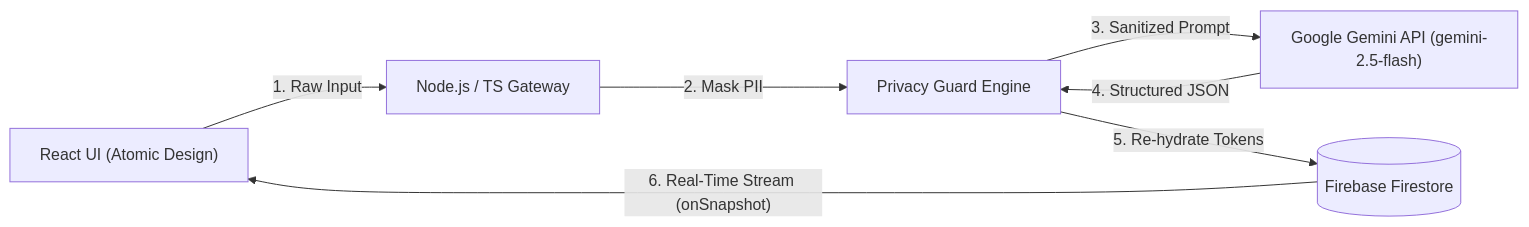
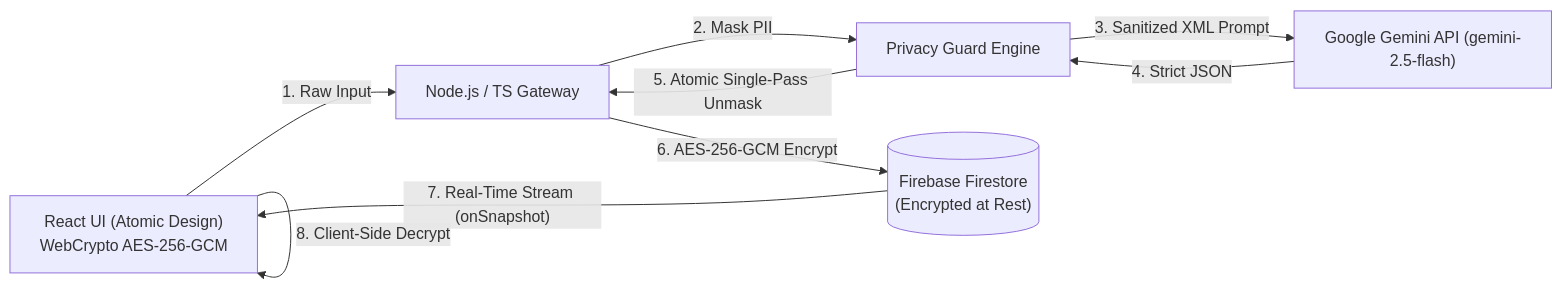
The diagram in README.md (lukasmatusiewicz/OSCAR), drawn with Mermaid before and after one commit. The commit also changed other lines of this file and 5 other files, not shown here.

Commit message:
docs: remediate security critic findings with AES-256-GCM encryption and atomic regex re-hydration

````diff
--- a/README.md
+++ b/README.md
@@ -27,9 +28,11 @@
 ```mermaid
 flowchart LR
-    Client["React UI (Atomic Design)"] -->|"1. Raw Input"| Gateway["Node.js / TS Gateway"]
+    Client["React UI (Atomic Design)\nWebCrypto AES-256-GCM"] -->|"1. Raw Input"| Gateway["Node.js / TS Gateway"]
     Gateway -->|"2. Mask PII"| PG["Privacy Guard Engine"]
-    PG -->|"3. Sanitized Prompt"| AI["Google Gemini API (gemini-2.5-flash)"]
-    AI -->|"4. Structured JSON"| PG
-    PG -->|"5. Re-hydrate Tokens"| Storage[("Firebase Firestore")]
-    Storage -->|"6. Real-Time Stream (onSnapshot)"| Client
+    PG -->|"3. Sanitized XML Prompt"| AI["Google Gemini API (gemini-2.5-flash)"]
+    AI -->|"4. Strict JSON"| PG
+    PG -->|"5. Atomic Single-Pass Unmask"| Gateway
+    Gateway -->|"6. AES-256-GCM Encrypt"| Storage[("Firebase Firestore\n(Encrypted at Rest)")]
+    Storage -->|"7. Real-Time Stream (onSnapshot)"| Client
+    Client -->|"8. Client-Side Decrypt"| Client
 ```
````
